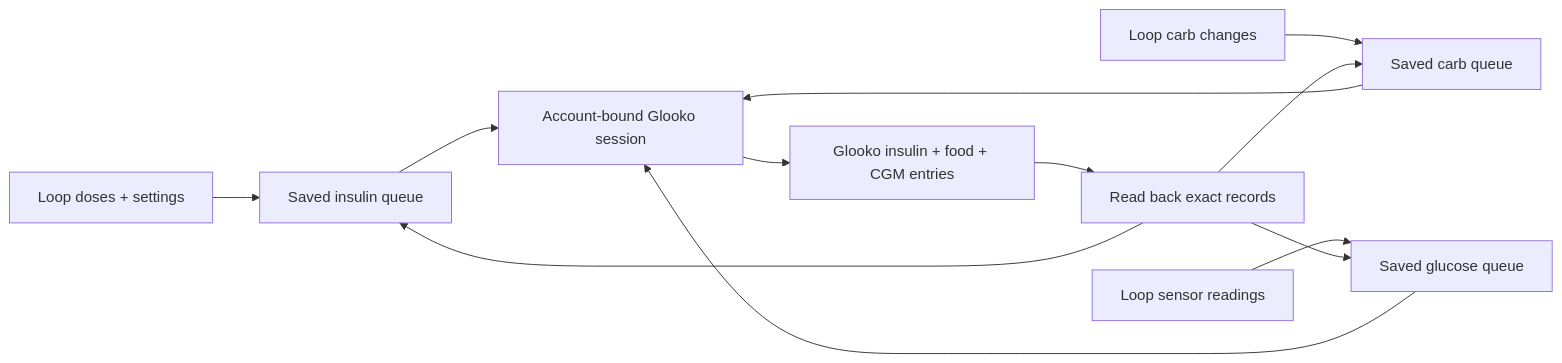
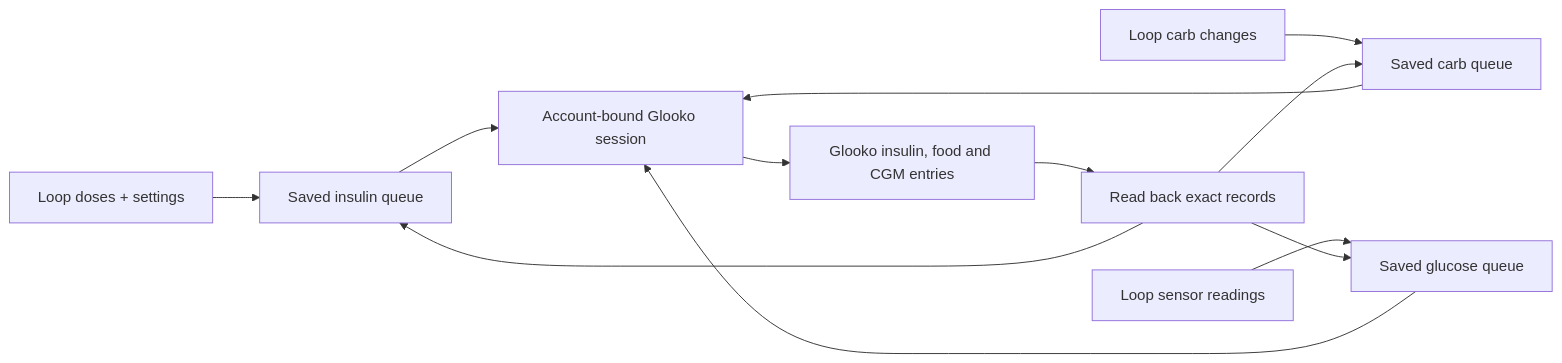
One commit to Nutcasey/GlookoService changed the diagram in README.md. Above: the diagram before and after it, drawn with Mermaid. The commit also changed other lines of this file and 16 other files, not shown here.

````diff
--- a/README.md
+++ b/README.md
@@ -94,14 +242,14 @@
 ```mermaid
 flowchart LR
     A["Loop doses + settings"] --> B["Saved insulin queue"]
     C["Loop carb changes"] --> D["Saved carb queue"]
+    H["Loop sensor readings"] --> I["Saved glucose queue"]
     B --> E["Account-bound Glooko session"]
     D --> E
-    H["Loop sensor readings"] --> I["Saved glucose queue"]
     I --> E
-    E --> F["Glooko insulin + food + CGM entries"]
+    E --> F["Glooko insulin, food and CGM entries"]
     F --> G["Read back exact records"]
     G --> B
     G --> D
     G --> I
 ```
````
